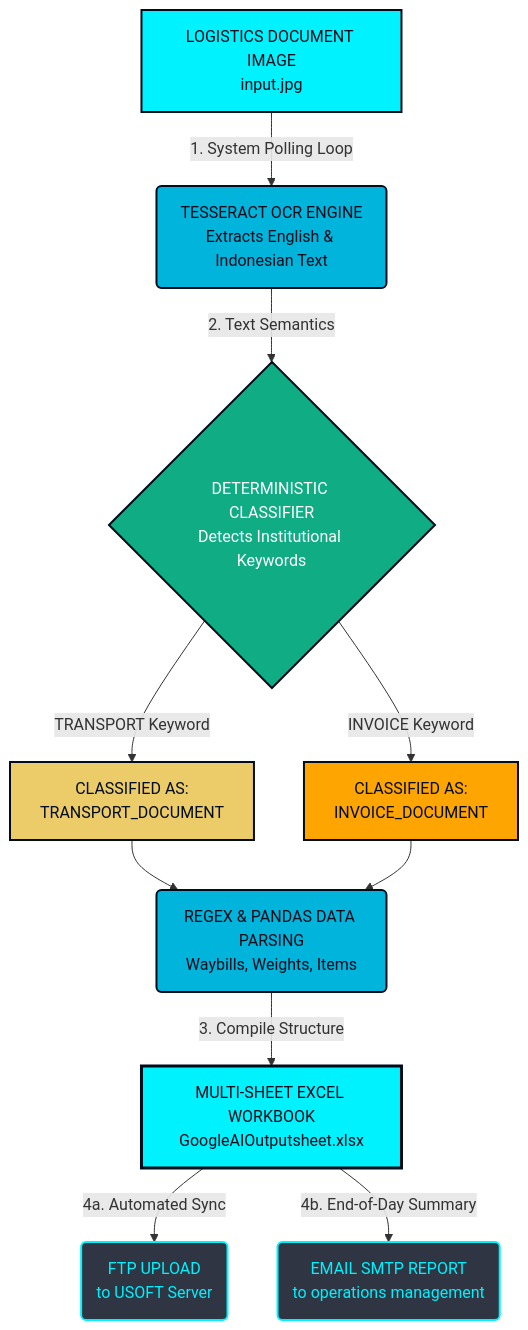
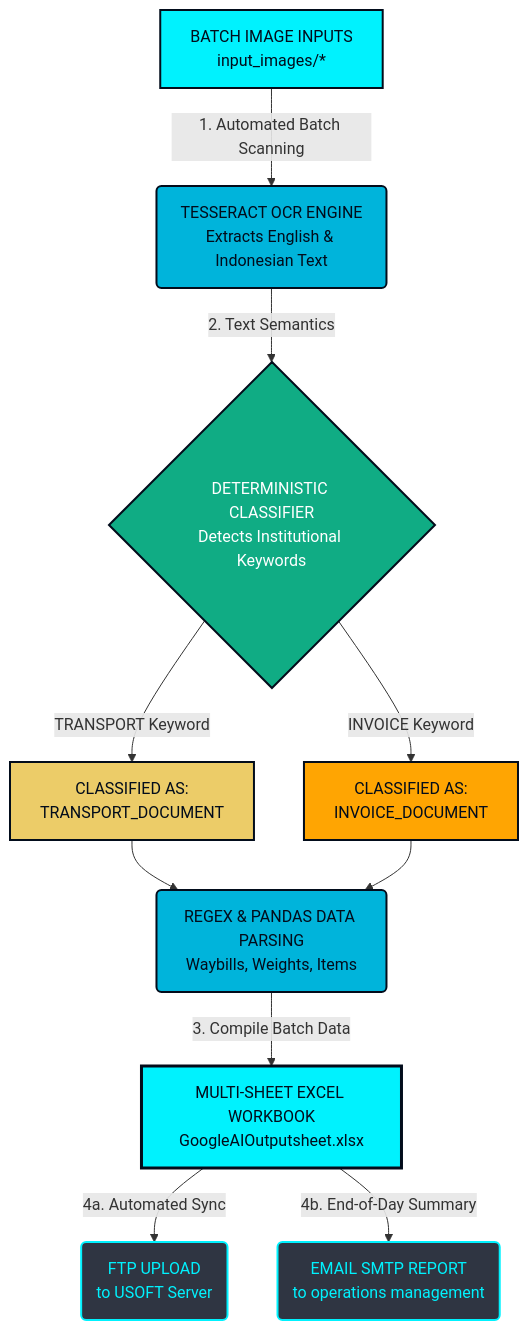
The diagram in README.md (nightfurry325-code/ocr-logistics-rpa), drawn with Mermaid before and after one commit. The commit also changed other lines of this file, not shown here.

Commit message:
Docs: Revise README to align with the automated batch processing pipeline

````diff
--- a/README.md
+++ b/README.md
@@ -10,23 +10,23 @@
 ```mermaid
 graph TD
-    A[LOGISTICS DOCUMENT IMAGE\ninput.jpg] -->|1. System Polling Loop| B(TESSERACT OCR ENGINE\nExtracts English & Indonesian Text)
+    A[BATCH IMAGE INPUTS\ninput_images/*] -->|1. Automated Batch Scanning| B(TESSERACT OCR ENGINE\nExtracts English & Indonesian Text)
     B -->|2. Text Semantics| C{DETERMINISTIC CLASSIFIER\nDetects Institutional Keywords}
     C -->|TRANSPORT Keyword| D[CLASSIFIED AS:\nTRANSPORT_DOCUMENT]
     C -->|INVOICE Keyword| E[CLASSIFIED AS:\nINVOICE_DOCUMENT]
     D --> F(REGEX & PANDAS DATA PARSING\nWaybills, Weights, Items)
     E --> F
-    F -->|3. Compile Structure| G[MULTI-SHEET EXCEL WORKBOOK\nGoogleAIOutputsheet.xlsx]
+    F -->|3. Compile Batch Data| G[MULTI-SHEET EXCEL WORKBOOK\nGoogleAIOutputsheet.xlsx]
     G -->|4a. Automated Sync| H(FTP UPLOAD\nto USOFT Server)
     G -->|4b. End-of-Day Summary| I(EMAIL SMTP REPORT\nto operations management)
 
     %% Neon Cyan Styling
     style A fill:#00f2fe,stroke:#020c1b,stroke-width:2px,color:#020c1b
     style B fill:#00b4db,stroke:#020c1b,stroke-width:2px,color:#020c1b
     style C fill:#10ac84,stroke:#020c1b,stroke-width:2px,color:#fff
     style D fill:#eccc68,stroke:#020c1b,stroke-width:2px,color:#020c1b
     style E fill:#ffa502,stroke:#020c1b,stroke-width:2px,color:#020c1b
     style F fill:#00b4db,stroke:#020c1b,stroke-width:2px,color:#020c1b
     style G fill:#00f2fe,stroke:#020c1b,stroke-width:3px,color:#020c1b
     style H fill:#2f3542,stroke:#00f2fe,stroke-width:2px,color:#00f2fe
     style I fill:#2f3542,stroke:#00f2fe,stroke-width:2px,color:#00f2fe
 ```
````
